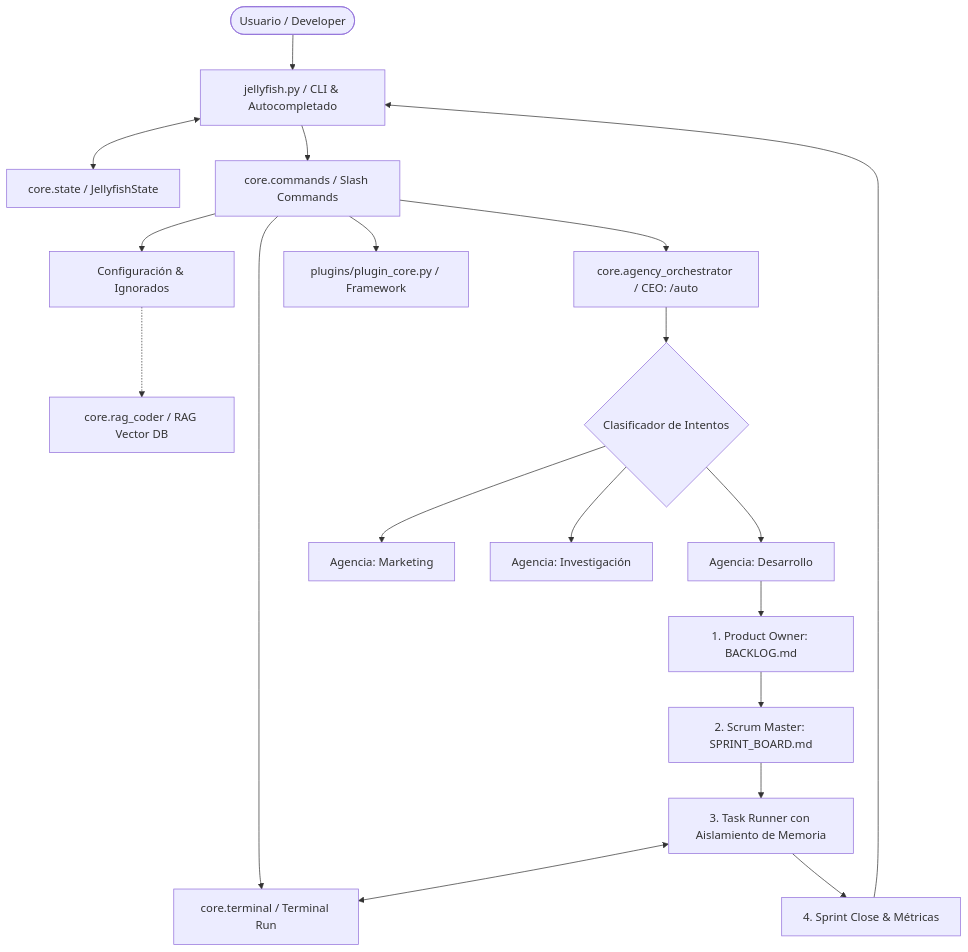
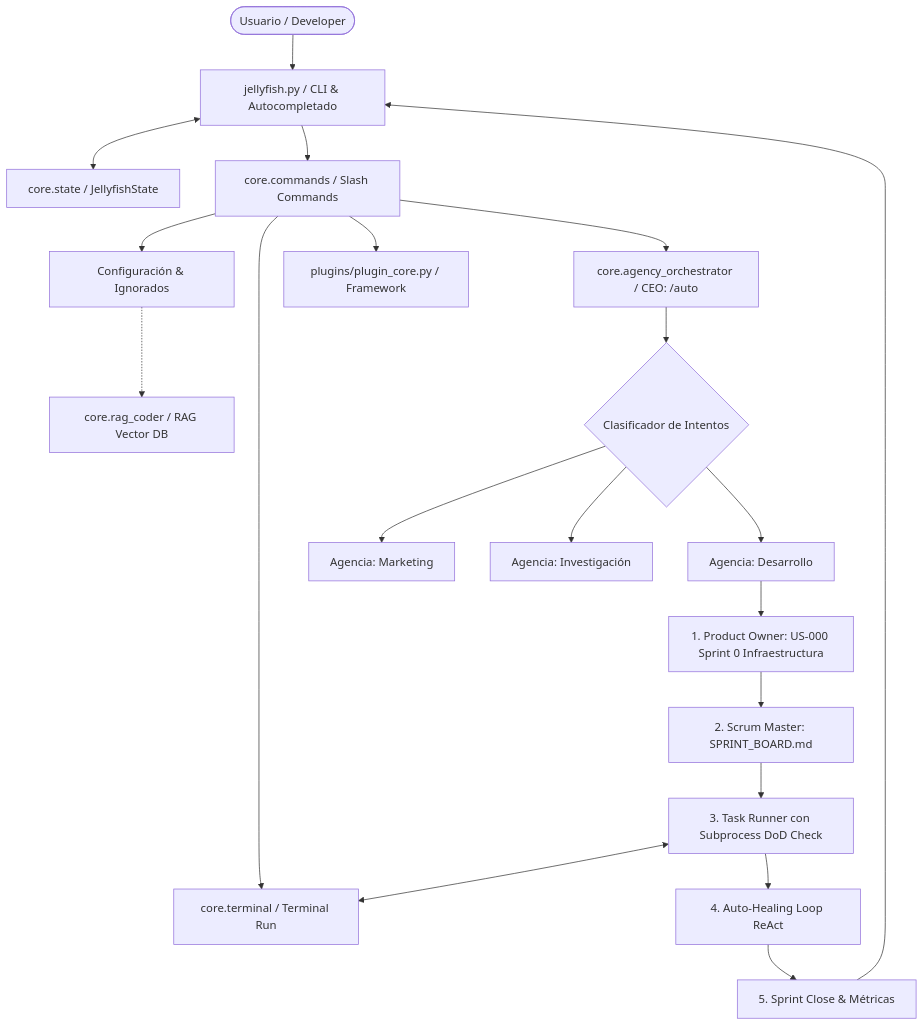
The diagram in README.md (gerardocastillo2196-cyber/Jellyfish), drawn with Mermaid before and after one commit. The commit also changed other lines of this file and 21 other files, not shown here.

````diff
--- a/README.md
+++ b/README.md
@@ -15,24 +15,25 @@
 ```mermaid
 graph TD
     User([Usuario / Developer]) --> CLI[jellyfish.py / CLI & Autocompletado]
     CLI <--> State[core.state / JellyfishState]
     CLI --> Commands[core.commands / Slash Commands]
     
     Commands --> Config[Configuración & Ignorados]
     Config -.-> RAG[core.rag_coder / RAG Vector DB]
 
     Commands --> AutoCEO[core.agency_orchestrator / CEO: /auto]
     Commands --> Run[core.terminal / Terminal Run]
     Commands --> PluginSys[plugins/plugin_core.py / Framework]
 
     AutoCEO --> CEO_Decision{Clasificador de Intentos}
     CEO_Decision --> AgencyDev[Agencia: Desarrollo]
     CEO_Decision --> AgencyMkt[Agencia: Marketing]
     CEO_Decision --> AgencyRes[Agencia: Investigación]
 
-    AgencyDev --> PO_Scan[1. Product Owner: BACKLOG.md]
+    AgencyDev --> PO_Scan[1. Product Owner: US-000 Sprint 0 Infraestructura]
     PO_Scan --> SM_Plan[2. Scrum Master: SPRINT_BOARD.md]
-    SM_Plan --> Task_Run[3. Task Runner con Aislamiento de Memoria]
+    SM_Plan --> Task_Run[3. Task Runner con Subprocess DoD Check]
     Task_Run <--> Run
-    Task_Run --> Daily_Close[4. Sprint Close & Métricas] --> CLI
+    Task_Run --> AutoHeal[4. Auto-Healing Loop ReAct]
+    AutoHeal --> Daily_Close[5. Sprint Close & Métricas] --> CLI
 ```
````
